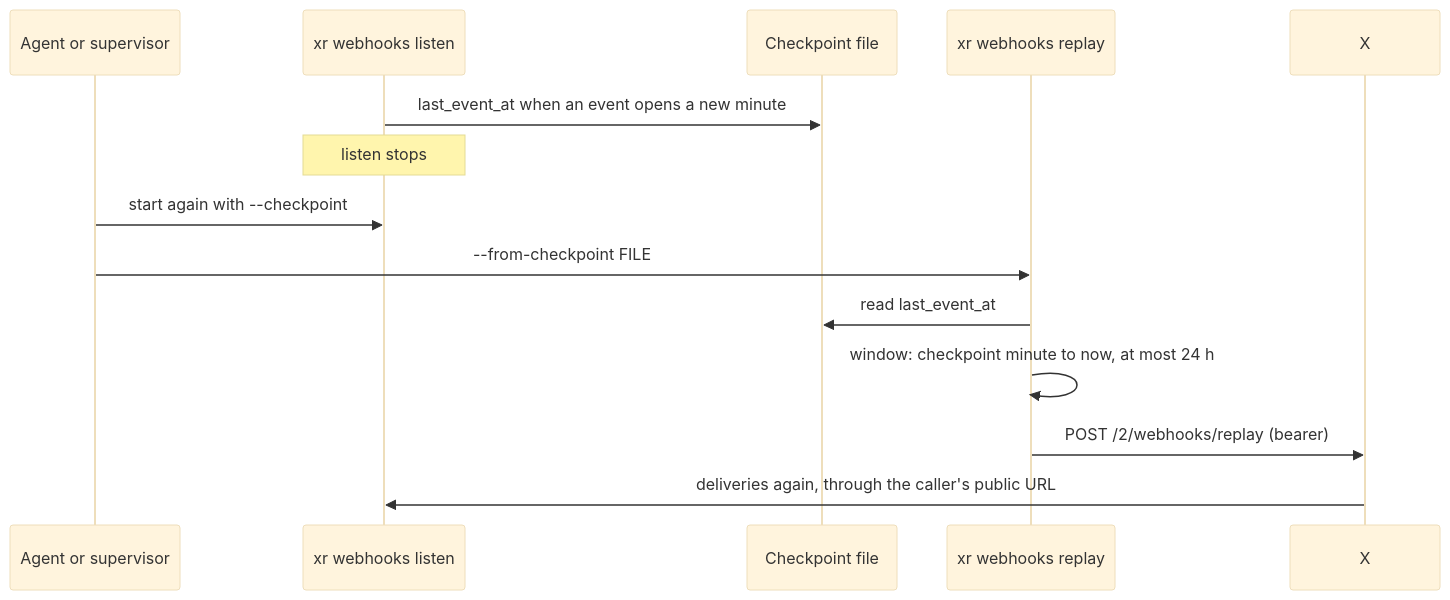
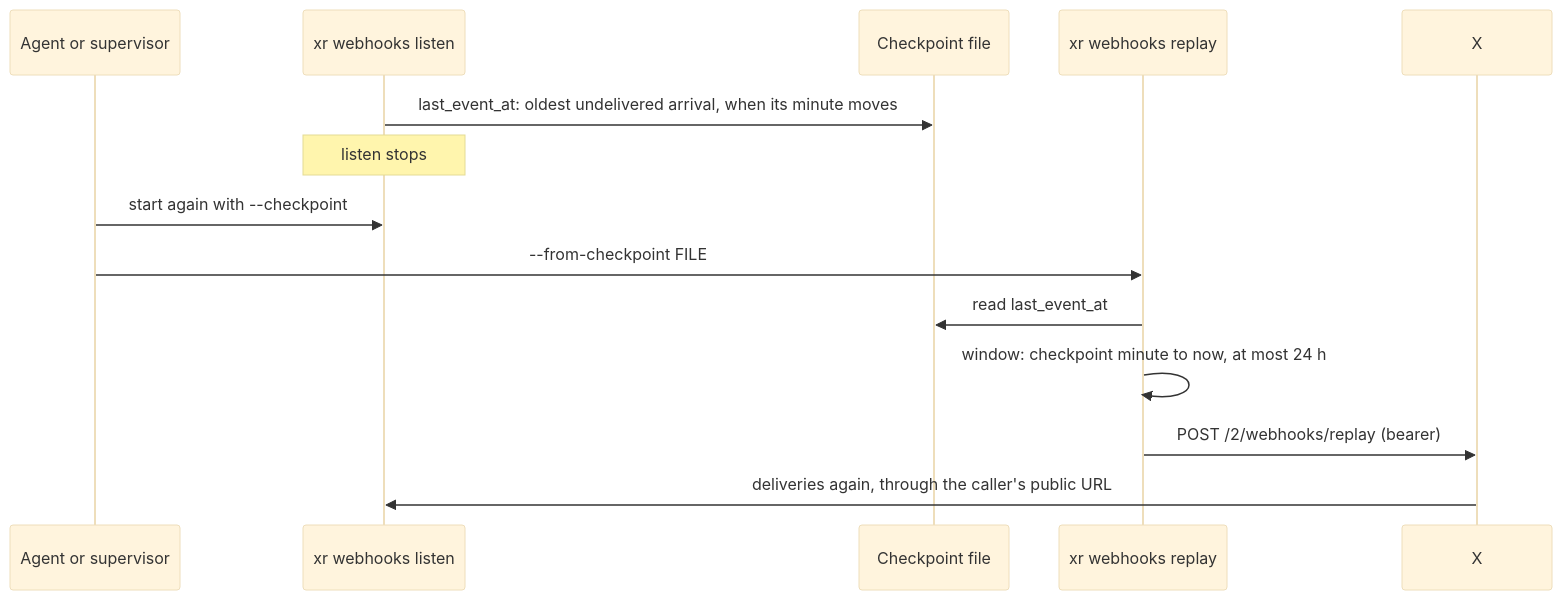
One commit to brettdavies/xurl-rs changed the third of 3 diagrams in docs/plans/2026-10-22-1551-feat-webhooks-listen-forwarding-plan.md. Above: the diagram before and after it, drawn with Mermaid (base theme). The commit also changed other lines of this file, not shown here.

````diff
--- a/docs/plans/2026-10-22-1551-feat-webhooks-listen-forwarding-plan.md
+++ b/docs/plans/2026-10-22-1551-feat-webhooks-listen-forwarding-plan.md
@@ -333,16 +359,16 @@
 ```mermaid
 sequenceDiagram
   participant A as Agent or supervisor
   participant L as xr webhooks listen
   participant F as Checkpoint file
   participant P as xr webhooks replay
   participant X as X
-  L->>F: last_event_at when an event opens a new minute
+  L->>F: last_event_at: oldest undelivered arrival, when its minute moves
   Note over L: listen stops
   A->>L: start again with --checkpoint
   A->>P: --from-checkpoint FILE
   P->>F: read last_event_at
   P->>P: window: checkpoint minute to now, at most 24 h
   P->>X: POST /2/webhooks/replay (bearer)
   X->>L: deliveries again, through the caller's public URL
 ```
````
